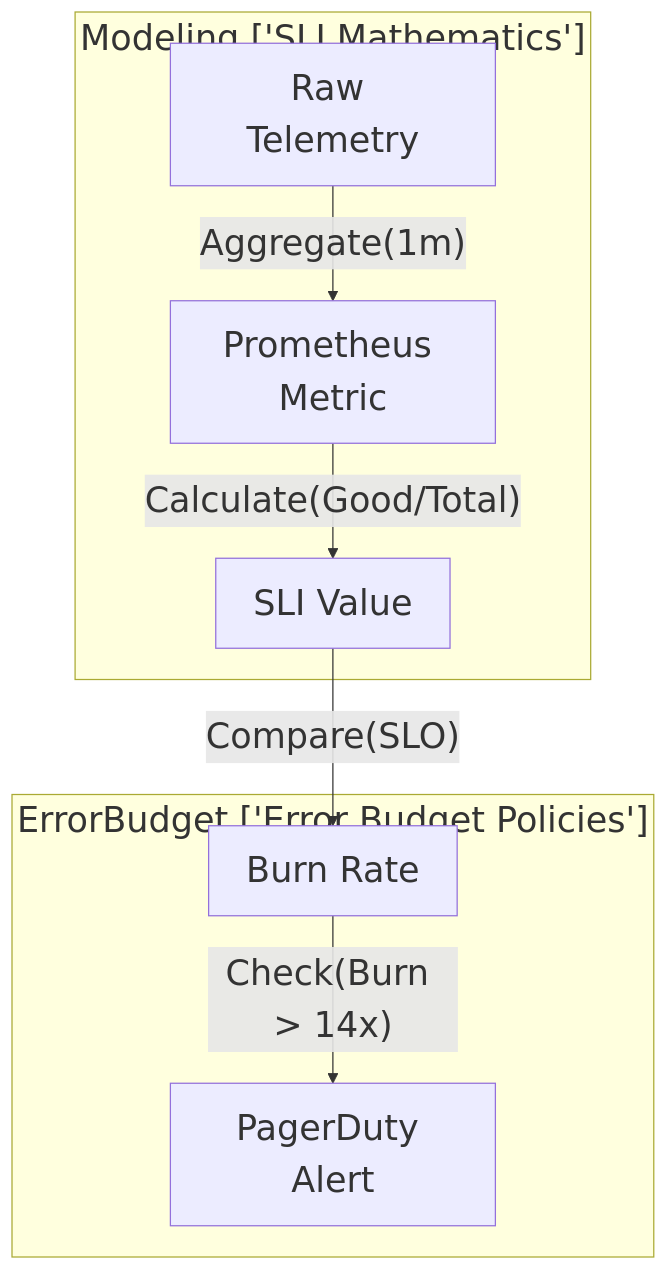
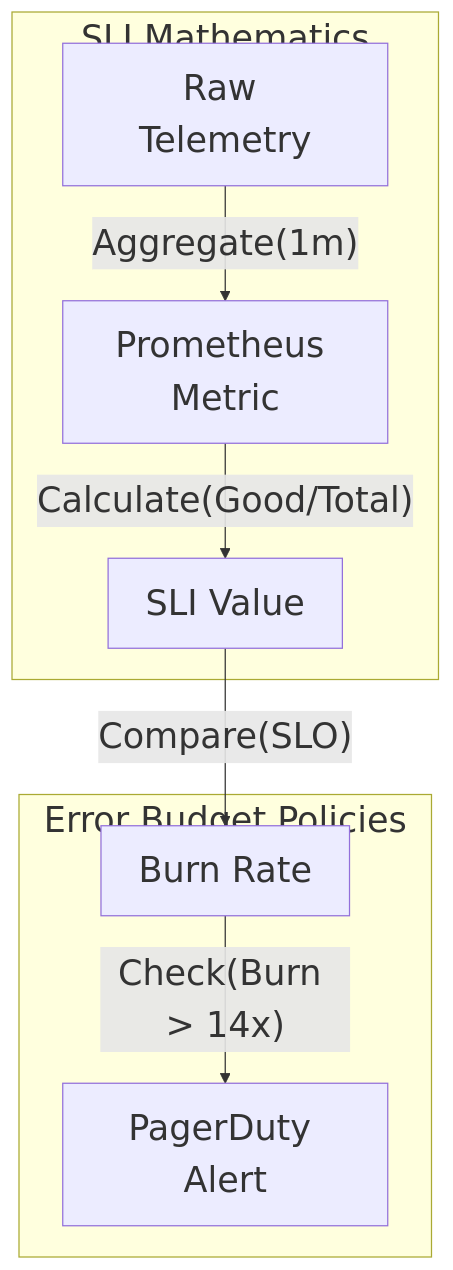
Before and after one commit to j4flmao/agent-skills: the diagram in skills/site-reliability-engineering/sli-slo-management/SKILL.md, drawn with Mermaid. The commit also changed 38 other files, not shown here.

Commit message:
style(skills): Add padding to Mermaid subgraphs to prevent label overlap with nodes

````diff
--- a/skills/site-reliability-engineering/sli-slo-management/SKILL.md
+++ b/skills/site-reliability-engineering/sli-slo-management/SKILL.md
@@ -13,12 +13,12 @@
 ```mermaid
 flowchart TD
 %%{init: {"theme": "default", "themeVariables": {"fontSize": "28px"}, "flowchart": {"useMaxWidth": false}}}%%
-    subgraph ModelingSLIMathematics ["Modeling ['SLI Mathematics']"]
+    subgraph ModelingSLIMathematics ["SLI Mathematics<br/>"]
         Events[Raw Telemetry] -->|"Aggregate(1m)"| Metric[Prometheus Metric]
         Metric -->|"Calculate(Good/Total)"| SLI[SLI Value]
     end
-    subgraph ErrorBudgetErrorBudgetPolicies ["ErrorBudget ['Error Budget Policies']"]
+    subgraph ErrorBudgetErrorBudgetPolicies ["Error Budget Policies<br/>"]
         SLI -->|"Compare(SLO)"| Budget[Burn Rate]
         Budget -->|"Check(Burn > 14x)"| Page[PagerDuty Alert]
     end
 ```
````
